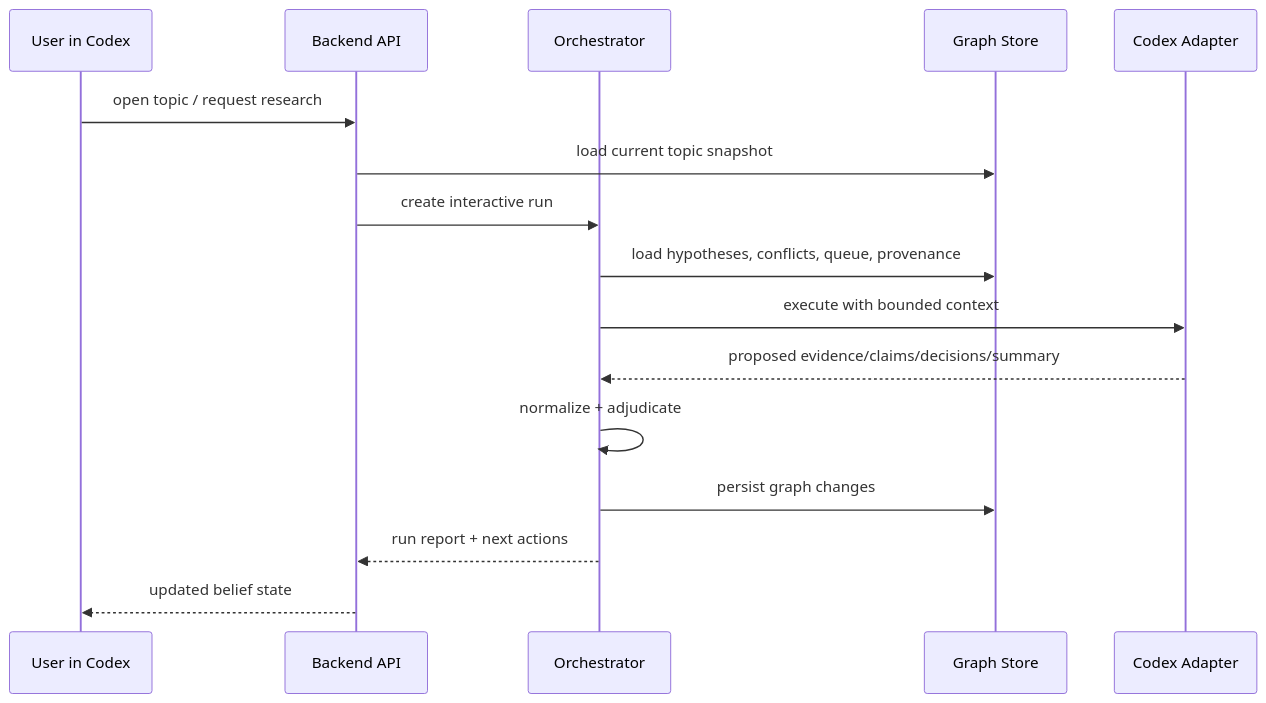
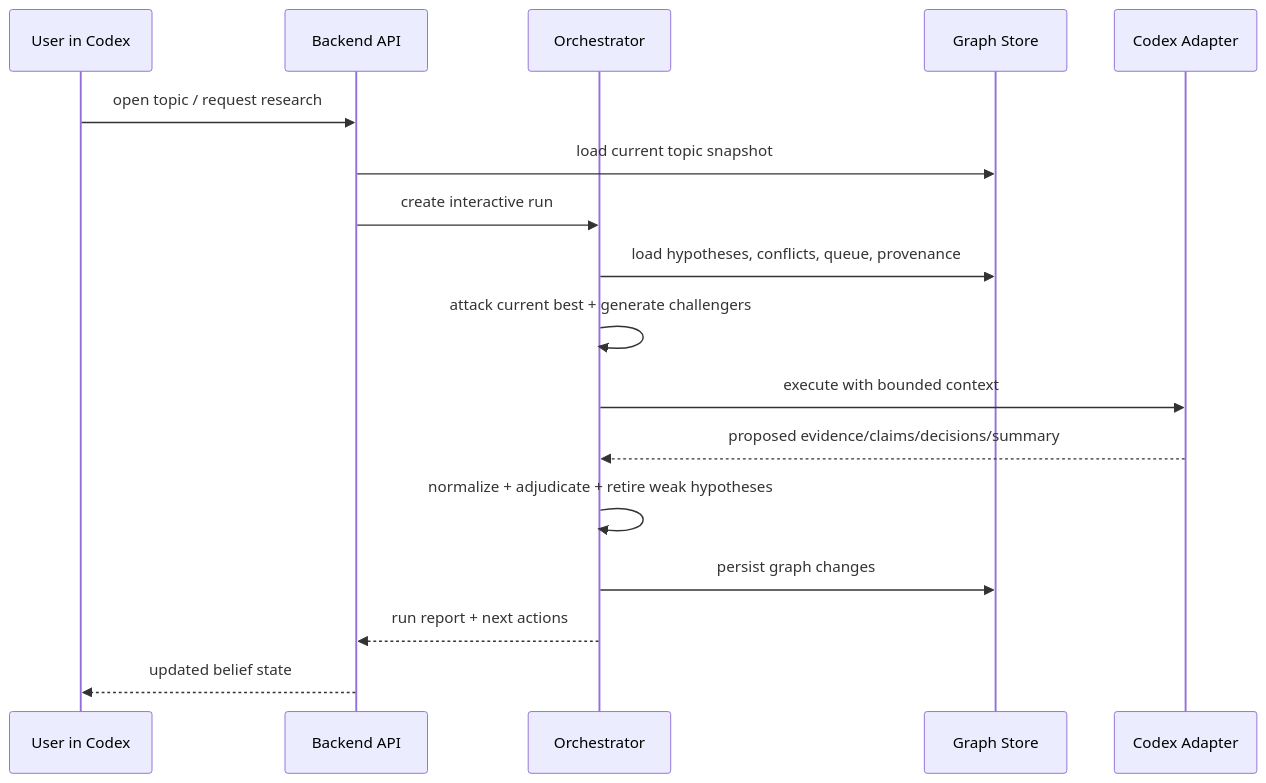
The third of 4 diagrams in ARCH.md (winehouse8/codex_continual_research_bot), drawn with Mermaid before and after one commit. The commit also changed other lines of this file and 1 other file, not shown here.

````diff
--- a/ARCH.md
+++ b/ARCH.md
@@ -422,19 +464,20 @@
 ```mermaid
 sequenceDiagram
     participant U as User in Codex
     participant API as Backend API
     participant OR as Orchestrator
     participant G as Graph Store
     participant CA as Codex Adapter
 
     U->>API: open topic / request research
     API->>G: load current topic snapshot
     API->>OR: create interactive run
     OR->>G: load hypotheses, conflicts, queue, provenance
+    OR->>OR: attack current best + generate challengers
     OR->>CA: execute with bounded context
     CA-->>OR: proposed evidence/claims/decisions/summary
-    OR->>OR: normalize + adjudicate
+    OR->>OR: normalize + adjudicate + retire weak hypotheses
     OR->>G: persist graph changes
     OR-->>API: run report + next actions
     API-->>U: updated belief state
 ```
````
